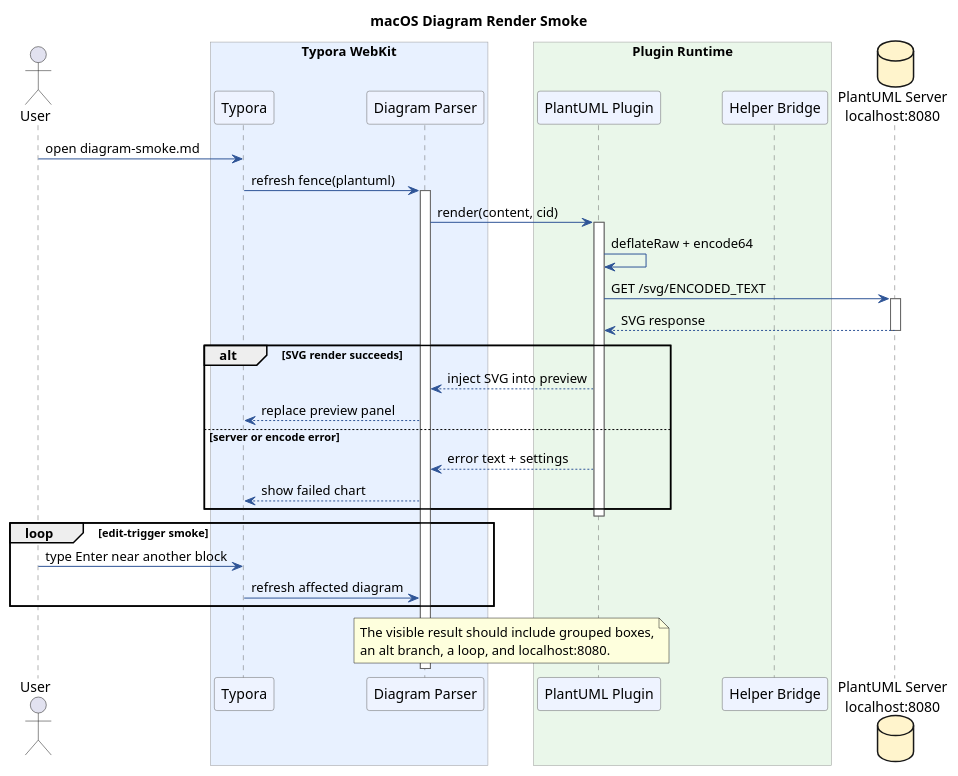
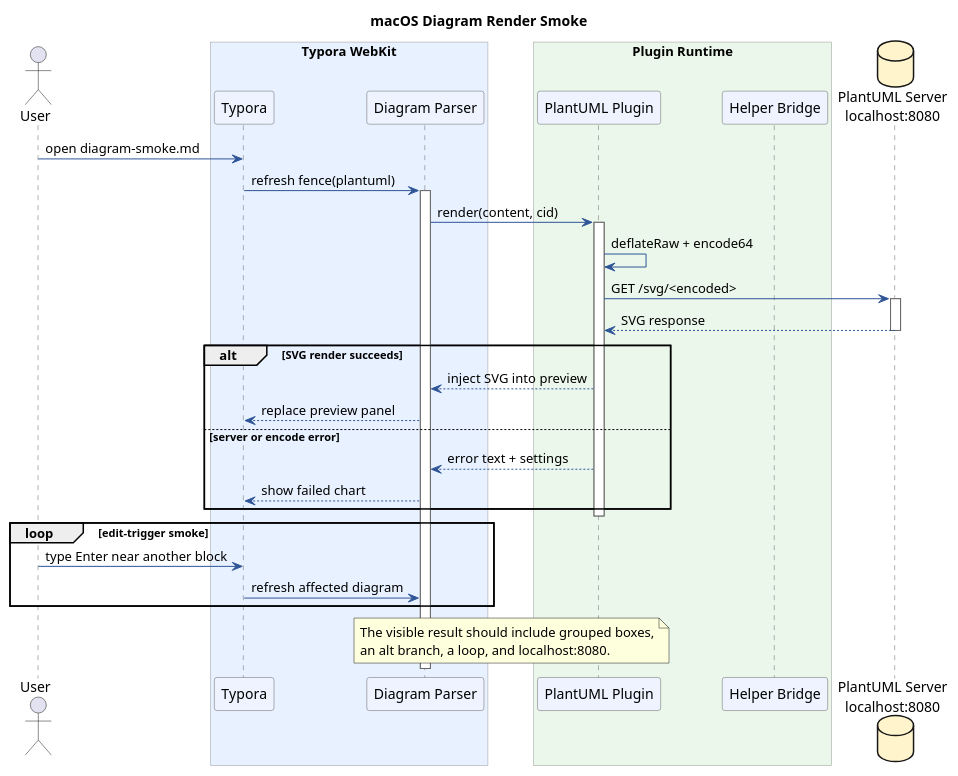
Before and after one commit to CST-Cat/typora_plugin-macos-beta: the diagram in test/diagram-smoke.md, drawn with PlantUML. The commit also changed other lines of this file and 6 other files, not shown here.

Commit message:
Record macOS diagram adapter fixes

````diff
--- a/test/diagram-smoke.md
+++ b/test/diagram-smoke.md
@@ -50,57 +50,57 @@
 ```plantuml
 @startuml
 title macOS Diagram Render Smoke
 
 skinparam shadowing false
 skinparam sequence {
   ArrowColor #2f5597
   LifeLineBorderColor #666666
   ParticipantBorderColor #666666
   ParticipantBackgroundColor #eef3ff
   BoxBorderColor #999999
 }
 
 actor User
 box "Typora WebKit" #E8F1FF
 participant Typora
 participant "Diagram Parser" as Parser
 end box
 box "Plugin Runtime" #EAF7EA
 participant "PlantUML Plugin" as Plant
 participant "Helper Bridge" as Helper
 end box
 database "PlantUML Server\nlocalhost:8080" as Server #FFF4CC
 
 User -> Typora : open diagram-smoke.md
 Typora -> Parser : refresh fence(plantuml)
 activate Parser
 Parser -> Plant : render(content, cid)
 activate Plant
 Plant -> Plant : deflateRaw + encode64
-Plant -> Server : GET /svg/ENCODED_TEXT
+Plant -> Server : GET /svg/<encoded>
 activate Server
 Server --> Plant : SVG response
 deactivate Server
 
 alt SVG render succeeds
   Plant --> Parser : inject SVG into preview
   Parser --> Typora : replace preview panel
 else server or encode error
   Plant --> Parser : error text + settings
   Parser --> Typora : show failed chart
 end
 deactivate Plant
 
 loop edit-trigger smoke
   User -> Typora : type Enter near another block
   Typora -> Parser : refresh affected diagram
 end
 
 note over Parser,Plant
 The visible result should include grouped boxes,
 an alt branch, a loop, and localhost:8080.
 end note
 
 deactivate Parser
 @enduml
 ```
````
